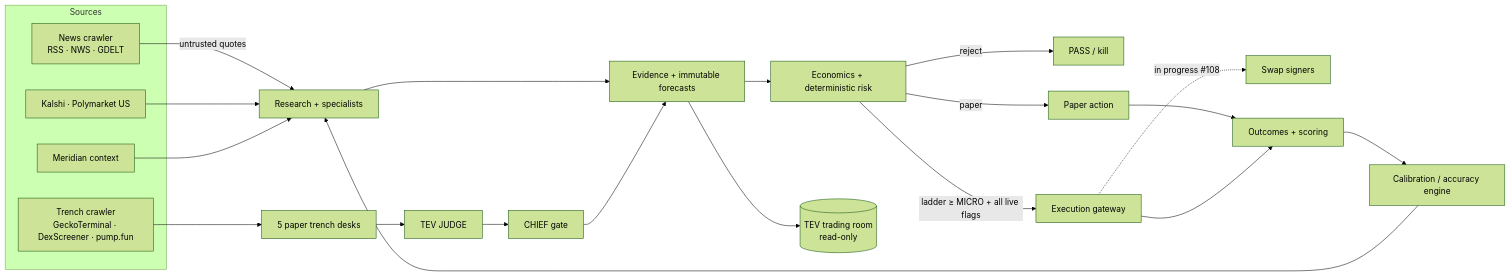
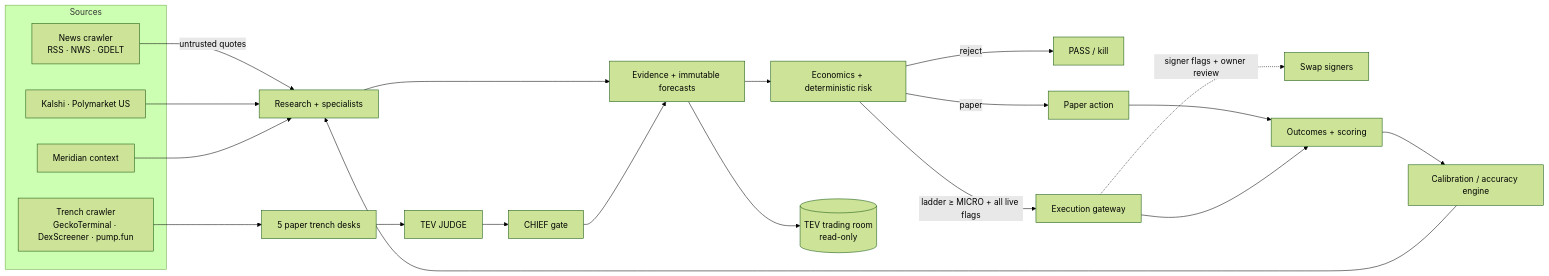
Before and after one commit to gryszzz/NOEMA: the diagram in README.md, drawn with Mermaid (forest theme). The commit also changed other lines of this file and 16 other files, not shown here.

First line of the commit message:
Live Jupiter and EVM aggregator swap signers (#108)

````diff
--- a/README.md
+++ b/README.md
@@ -214,25 +221,25 @@
 ```mermaid
 flowchart LR
     subgraph Sources
       N[News crawler<br/>RSS · NWS · GDELT]
       PM[Kalshi · Polymarket US]
       T[Trench crawler<br/>GeckoTerminal · DexScreener · pump.fun]
       M[Meridian context]
     end
     N -->|untrusted quotes| B[Research + specialists]
     PM --> B
     M --> B
     T --> TD[5 paper trench desks] --> J[TEV JUDGE] --> K[CHIEF gate]
     B --> E[Evidence + immutable forecasts]
     K --> E
     E --> F[Economics + deterministic risk]
     F -->|reject| P[PASS / kill]
     F -->|paper| Q[Paper action]
     F -->|ladder ≥ MICRO + all live flags| G[Execution gateway]
-    G -.->|in progress #108| S[Swap signers]
+    G -.->|signer flags + owner review| S[Swap signers]
     Q --> H[Outcomes + scoring]
     G --> H
     H --> AE[Calibration / accuracy engine]
     AE --> B
     E --> UI[(TEV trading room<br/>read-only)]
 ```
````
